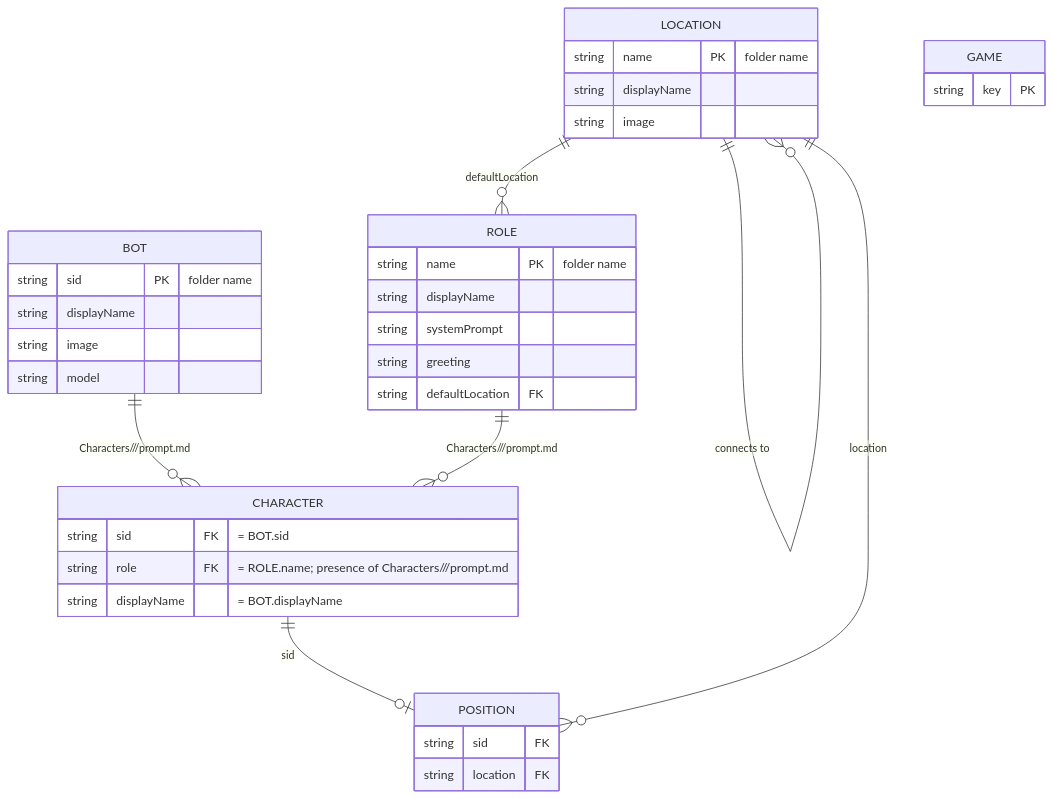
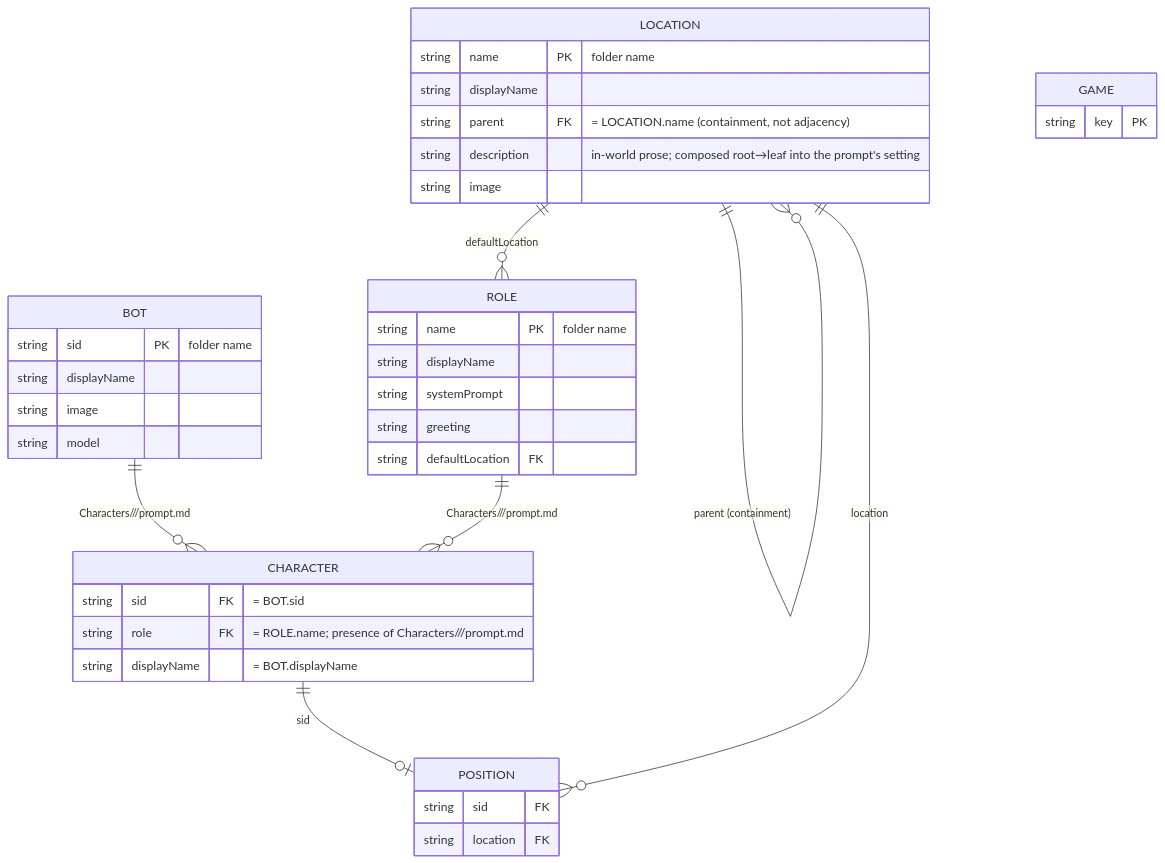
Before and after one commit to ProjectAtlantis-dev/atlantis-mcp-server: the diagram in python-server/dynamic_functions/Home/GAME.md, drawn with Mermaid. The commit also changed other lines of this file and 15 other files, not shown here.

````diff
--- a/python-server/dynamic_functions/Home/GAME.md
+++ b/python-server/dynamic_functions/Home/GAME.md
@@ -63,40 +71,43 @@
 ```mermaid
 erDiagram
     BOT {
         string sid PK "folder name"
         string displayName
         string image
         string model
     }
     LOCATION {
         string name PK "folder name"
         string displayName
+        string parent FK "= LOCATION.name (containment, not adjacency)"
+        string description "in-world prose; composed root→leaf into the prompt's setting"
         string image
     }
     GAME {
         string key PK
     }
     ROLE {
         string name PK "folder name"
         string displayName
         string systemPrompt
         string greeting
         string defaultLocation FK
     }
     CHARACTER {
         string sid FK "= BOT.sid"
         string role FK "= ROLE.name; presence of Characters/<sid>/<Role>/prompt.md"
         string displayName "= BOT.displayName"
     }
     POSITION {
         string sid FK
         string location FK
     }
 
-    LOCATION ||--o{ LOCATION : "connects to"
+    LOCATION ||--o{ LOCATION : "connects to (adjacency)"
+    LOCATION ||--o{ LOCATION : "parent (containment)"
     LOCATION ||--o{ ROLE : defaultLocation
     BOT ||--o{ CHARACTER : "Characters/<sid>/<Role>/prompt.md"
     ROLE ||--o{ CHARACTER : "Characters/<sid>/<Role>/prompt.md"
     CHARACTER ||--o| POSITION : sid
     LOCATION ||--o{ POSITION : location
 ```
````
